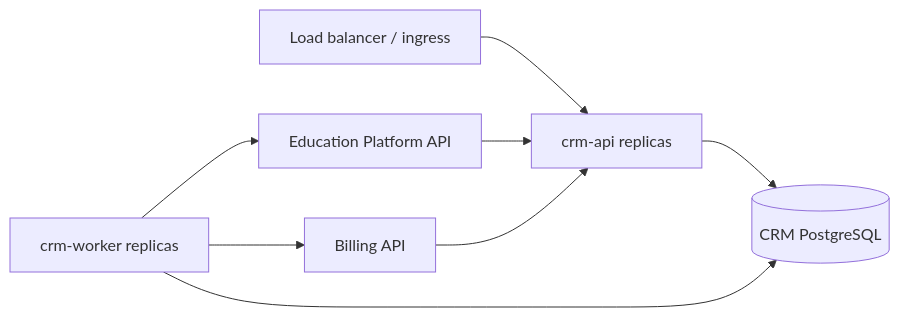
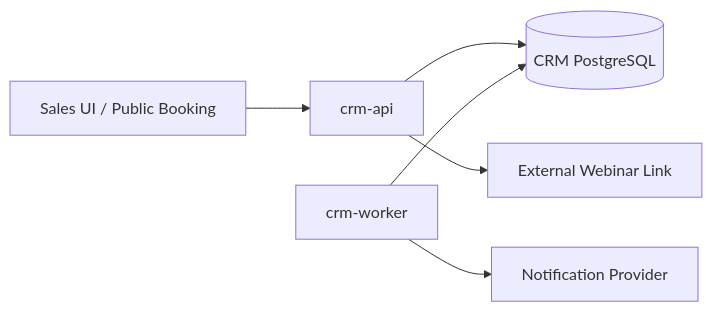
The second of 2 diagrams in docs/07-go-implementation-architecture.md (izestylusx/crm-sales-webinar-voucher), drawn with Mermaid before and after one commit. The commit also changed other lines of this file and 50 other files, not shown here.

````diff
--- a/docs/07-go-implementation-architecture.md
+++ b/docs/07-go-implementation-architecture.md
@@ -197,10 +173,8 @@
 ```mermaid
 flowchart LR
-    LB[Load balancer / ingress] --> API[crm-api replicas]
+    CLIENT[Sales UI / Public Booking] --> API[crm-api]
     API --> DB[(CRM PostgreSQL)]
-    WORKER[crm-worker replicas] --> DB
-    WORKER --> PLATFORM[Education Platform API]
-    WORKER --> BILLING[Billing API]
-    PLATFORM --> API
-    BILLING --> API
+    WORKER[crm-worker] --> DB
+    WORKER --> NOTIF[Notification Provider]
+    API --> LINK[External Webinar Link]
 ```
````
